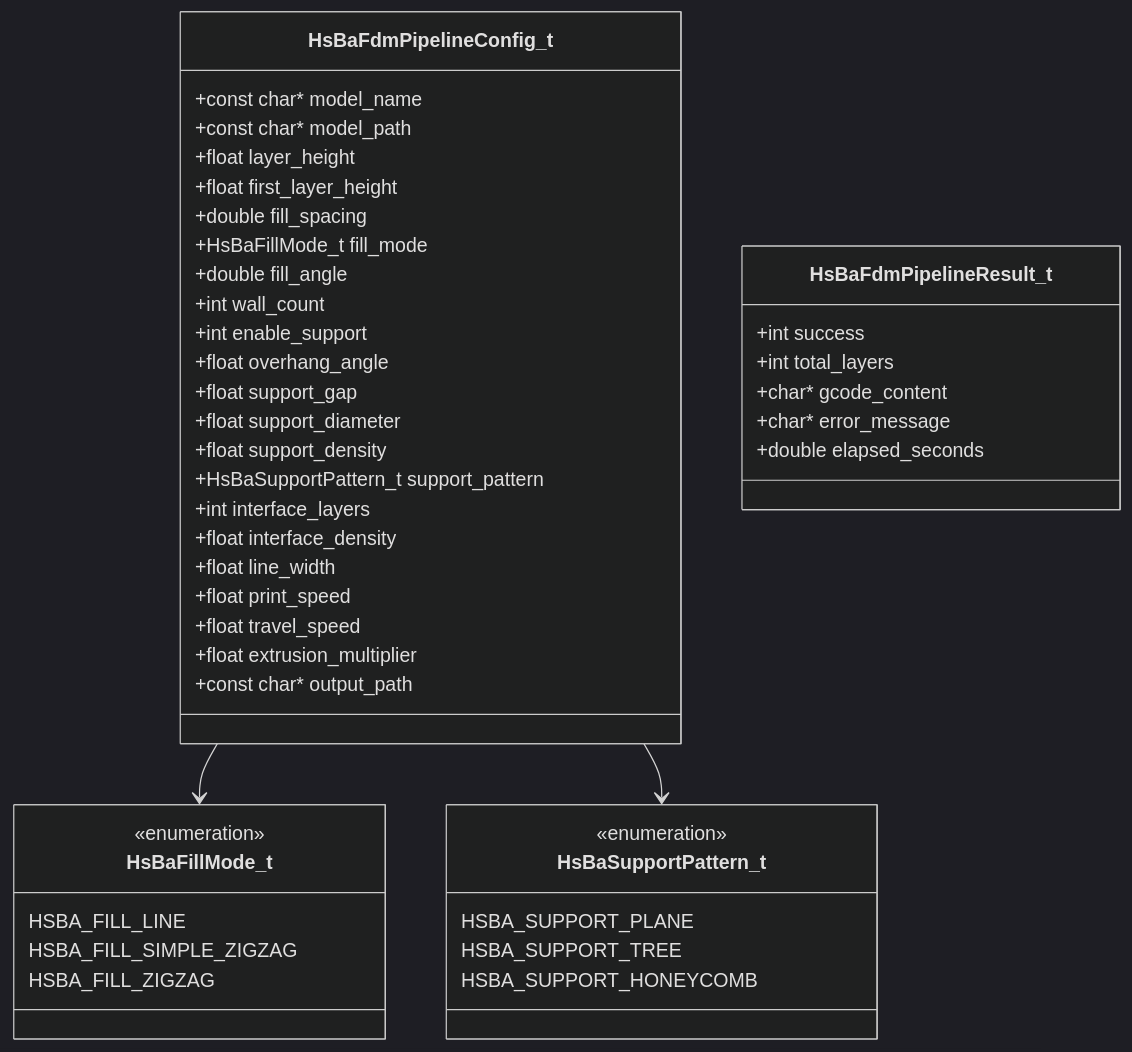
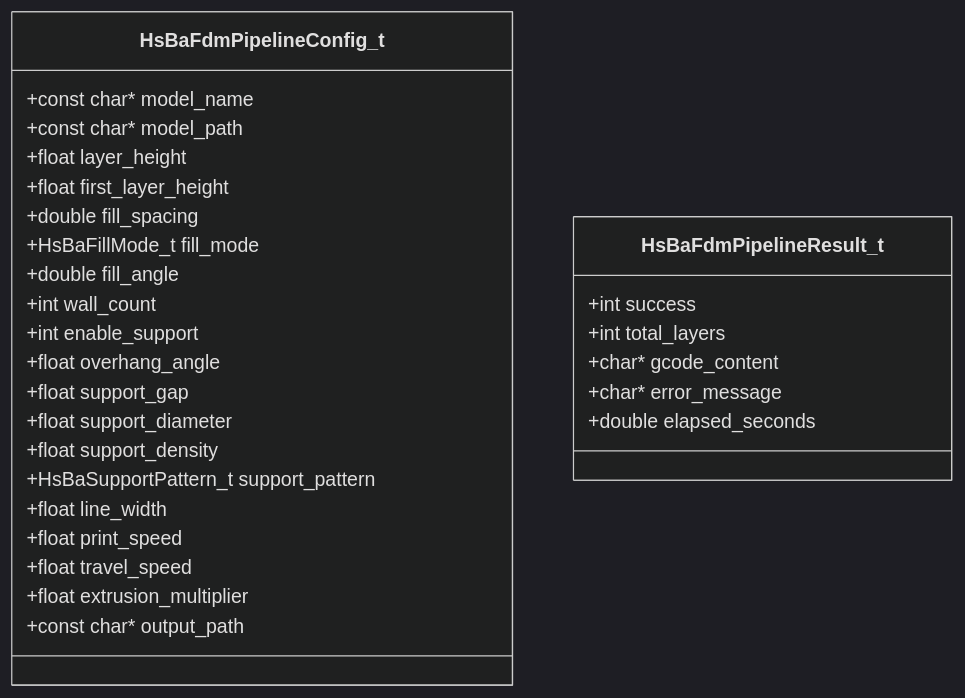
One commit to hsmbanlance/HsBaSlicer changed the fifth of 10 diagrams in .qoder/repowiki/zh/content/扩展与集成/动态库集成.md. Above: the diagram before and after it, drawn with Mermaid (dark theme). The commit also changed other lines of this file and 19 other files, not shown here.

````diff
--- a/.qoder/repowiki/zh/content/扩展与集成/动态库集成.md
+++ b/.qoder/repowiki/zh/content/扩展与集成/动态库集成.md
@@ -249,47 +234,31 @@
 ```mermaid
 classDiagram
 class HsBaFdmPipelineConfig_t {
 +const char* model_name
 +const char* model_path
 +float layer_height
 +float first_layer_height
 +double fill_spacing
 +HsBaFillMode_t fill_mode
 +double fill_angle
 +int wall_count
 +int enable_support
 +float overhang_angle
 +float support_gap
 +float support_diameter
 +float support_density
 +HsBaSupportPattern_t support_pattern
-+int interface_layers
-+float interface_density
 +float line_width
 +float print_speed
 +float travel_speed
 +float extrusion_multiplier
 +const char* output_path
 }
 class HsBaFdmPipelineResult_t {
 +int success
 +int total_layers
 +char* gcode_content
 +char* error_message
 +double elapsed_seconds
 }
-class HsBaFillMode_t {
-<<enumeration>>
-HSBA_FILL_LINE
-HSBA_FILL_SIMPLE_ZIGZAG
-HSBA_FILL_ZIGZAG
-}
-class HsBaSupportPattern_t {
-<<enumeration>>
-HSBA_SUPPORT_PLANE
-HSBA_SUPPORT_TREE
-HSBA_SUPPORT_HONEYCOMB
-}
-HsBaFdmPipelineConfig_t --> HsBaFillMode_t
-HsBaFdmPipelineConfig_t --> HsBaSupportPattern_t
 ```
````
